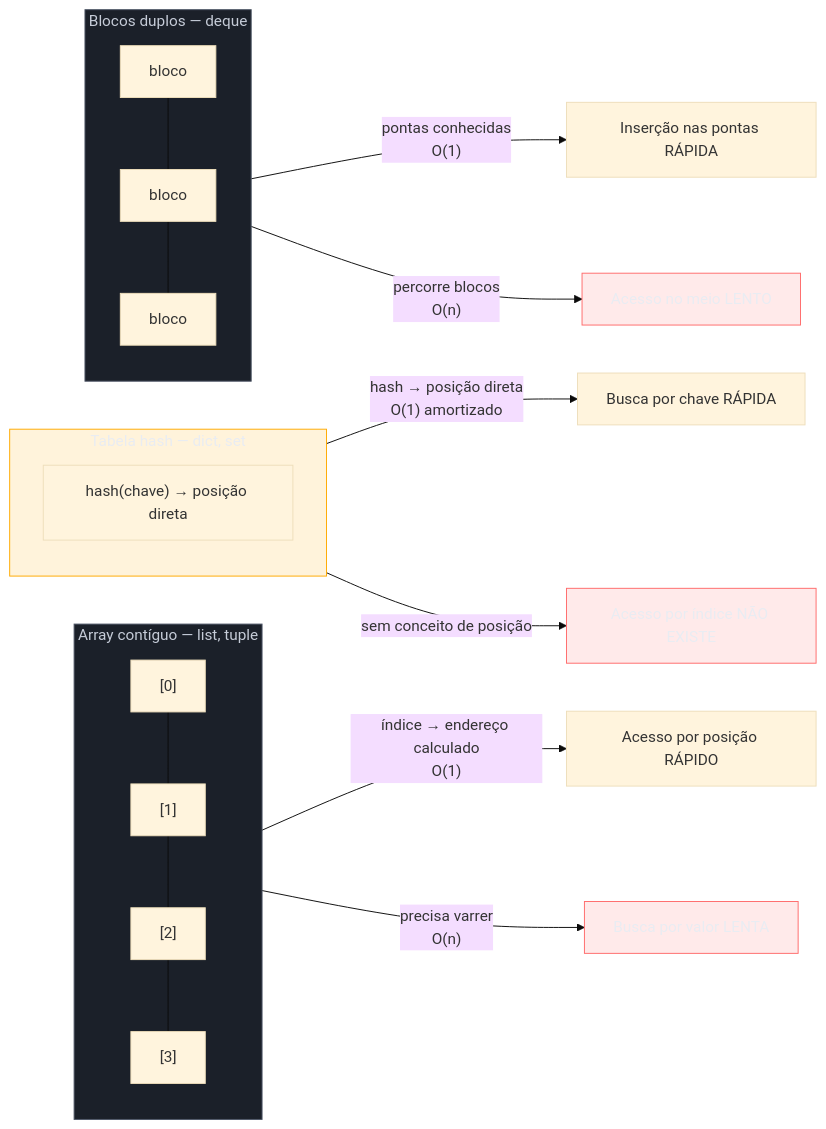
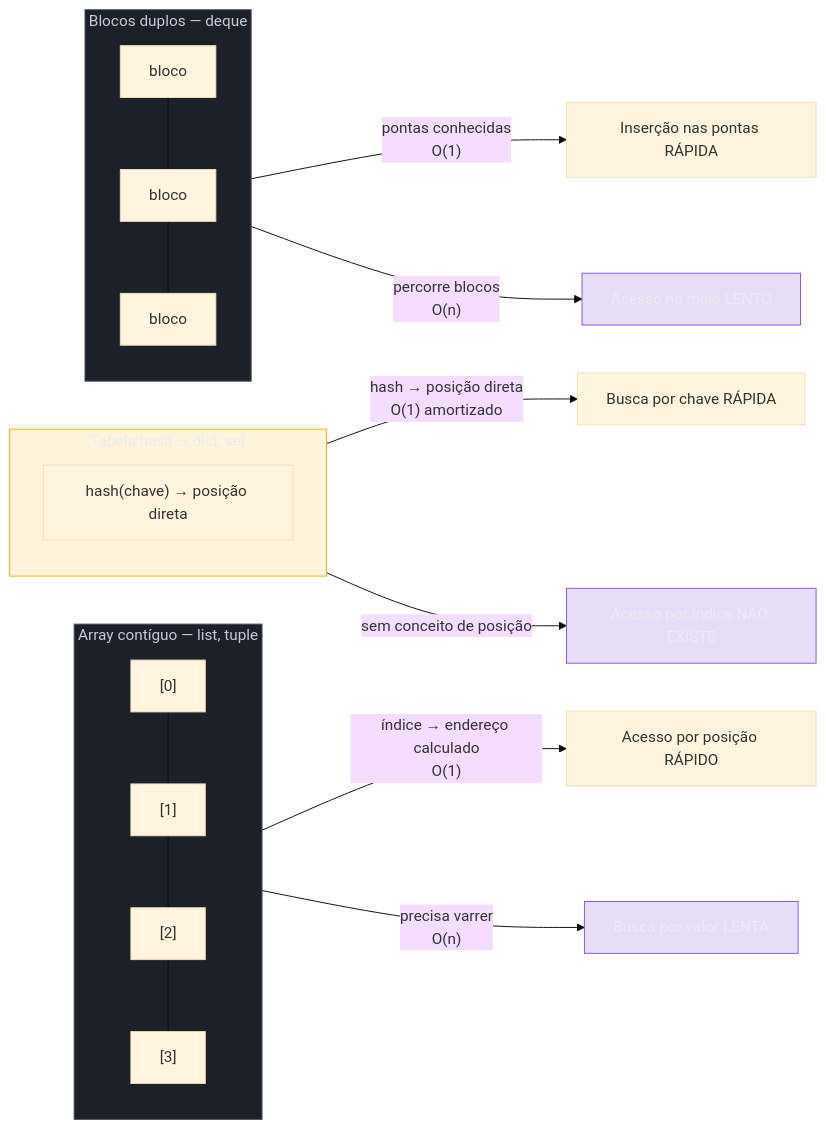
Before and after one commit to josenaldo/codex-technomanticus: the first of 2 diagrams in 03-Dominios/Tecnologia/Python/Collections e Comprehensions/08 - Escolhendo a estrutura certa.md, drawn with Mermaid (base theme). The commit also changed 601 other files, not shown here.

````diff
--- a/03-Dominios/Tecnologia/Python/Collections e Comprehensions/08 - Escolhendo a estrutura certa.md
+++ b/03-Dominios/Tecnologia/Python/Collections e Comprehensions/08 - Escolhendo a estrutura certa.md
@@ -87,29 +87,29 @@
 ```mermaid
 flowchart LR
+    classDef marca fill:#8855DF33,stroke:#8855DF,color:#E9ECF2
     classDef neutro fill:#1B2029,stroke:#4E5666,color:#C6CCD8
     classDef destaque fill:#FFAA0024,stroke:#FFAA00,color:#E9ECF2
-    classDef falha fill:#FF6B6B24,stroke:#FF6B6B,color:#E9ECF2
     subgraph Array["Array contíguo — list, tuple"]
         A0["[0]"] --- A1["[1]"] --- A2["[2]"] --- A3["[3]"]
     end
     subgraph Hash["Tabela hash — dict, set"]
         H["hash(chave) → posição direta"]
     end
     subgraph Blocos["Blocos duplos — deque"]
         B0["bloco"] --- B1["bloco"] --- B2["bloco"]
     end
 
     Array -->|"índice → endereço calculado<br/>O(1)"| AR["Acesso por posição RÁPIDO"]
     Array -->|"precisa varrer<br/>O(n)"| AS["Busca por valor LENTA"]
     Hash -->|"hash → posição direta<br/>O(1) amortizado"| HS["Busca por chave RÁPIDA"]
     Hash -->|"sem conceito de posição"| HP["Acesso por índice NÃO EXISTE"]
     Blocos -->|"pontas conhecidas<br/>O(1)"| BE["Inserção nas pontas RÁPIDA"]
     Blocos -->|"percorre blocos<br/>O(n)"| BM["Acesso no meio LENTO"]
 
     class Array neutro
     class Hash destaque
     class Blocos neutro
-    class AS falha
-    class HP falha
-    class BM falha
+    class AS marca
+    class HP marca
+    class BM marca
 ```
````
